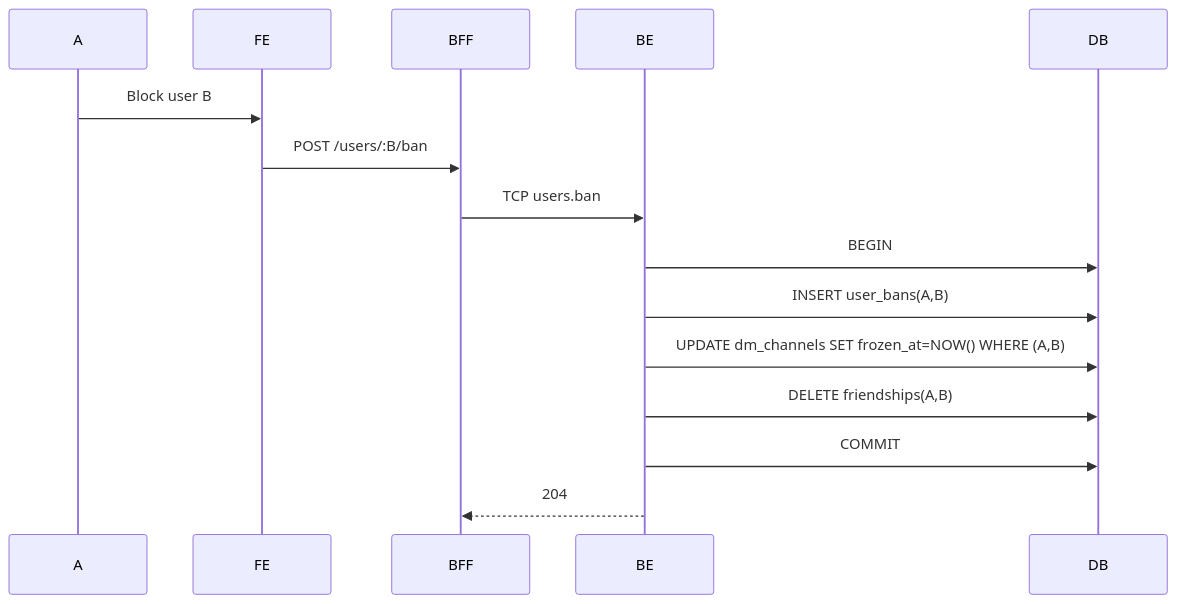
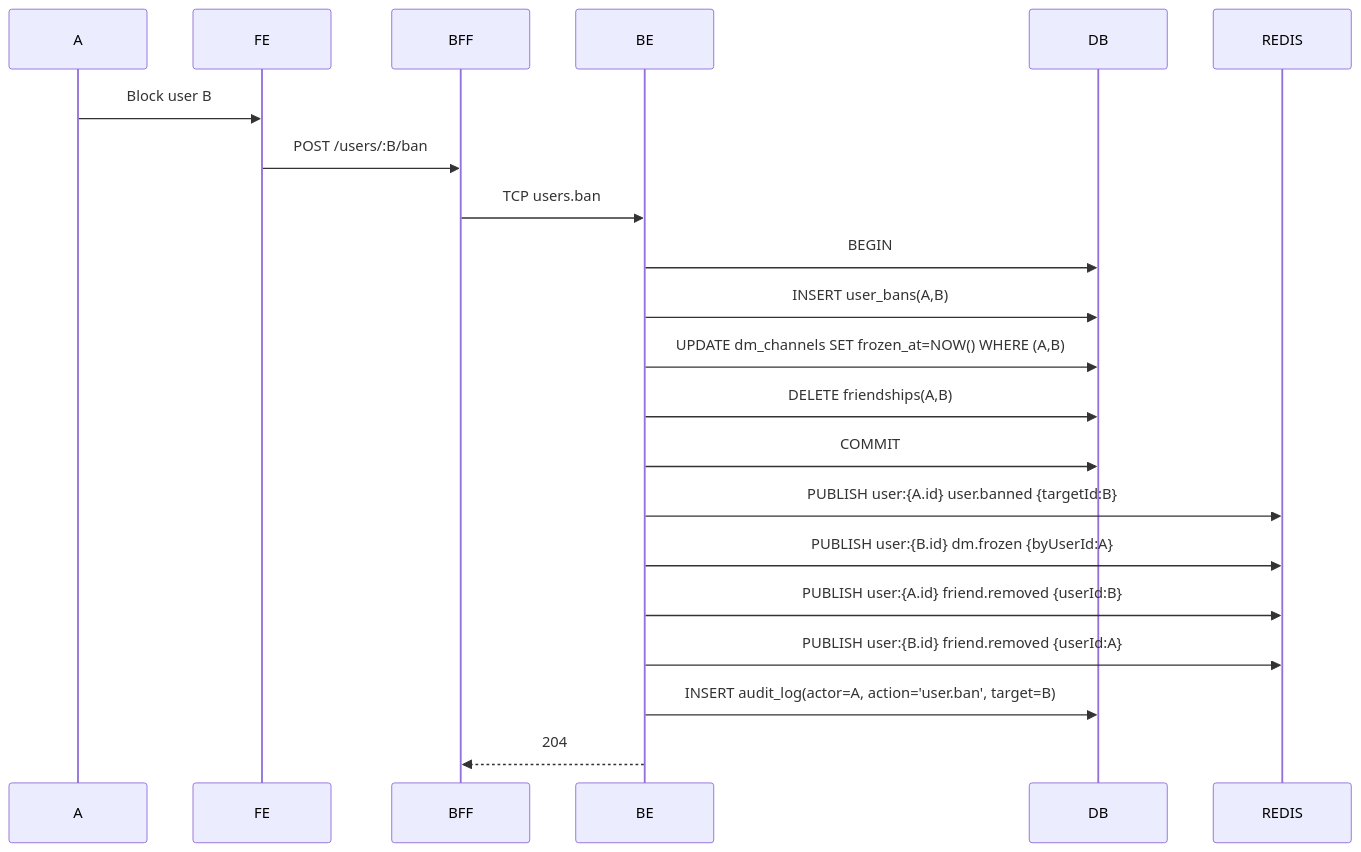
The second of 3 diagrams in mng/architecture/flow/04-contacts-friends.md (abobreshov/da-hackaton), drawn with Mermaid before and after one commit. The commit also changed 242 other files, not shown here.

````diff
--- a/mng/architecture/flow/04-contacts-friends.md
+++ b/mng/architecture/flow/04-contacts-friends.md
@@ -30,17 +30,23 @@
 ```mermaid
 sequenceDiagram
     participant A
     participant FE
     participant BFF
     participant BE
     participant DB
+    participant REDIS
     A->>FE: Block user B
     FE->>BFF: POST /users/:B/ban
     BFF->>BE: TCP users.ban
     BE->>DB: BEGIN
     BE->>DB: INSERT user_bans(A,B)
     BE->>DB: UPDATE dm_channels SET frozen_at=NOW() WHERE (A,B)
     BE->>DB: DELETE friendships(A,B)
     BE->>DB: COMMIT
+    BE->>REDIS: PUBLISH user:{A.id} user.banned {targetId:B}
+    BE->>REDIS: PUBLISH user:{B.id} dm.frozen {byUserId:A}
+    BE->>REDIS: PUBLISH user:{A.id} friend.removed {userId:B}
+    BE->>REDIS: PUBLISH user:{B.id} friend.removed {userId:A}
+    BE->>DB: INSERT audit_log(actor=A, action='user.ban', target=B)
     BE-->>BFF: 204
 ```
````
